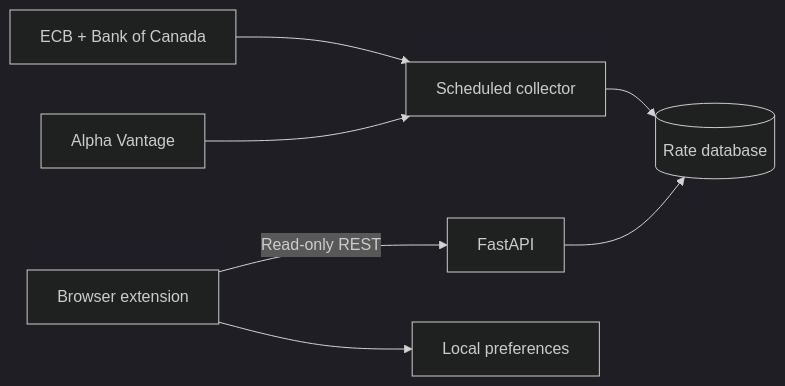
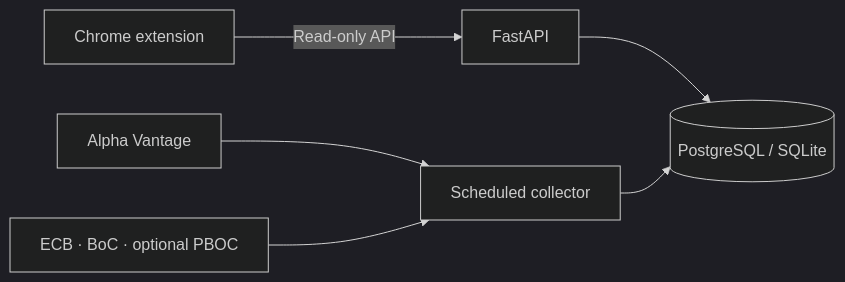
Before and after one commit to shianjeng/FX-Pulses: the diagram in README.md, drawn with Mermaid (dark theme). The commit also changed other lines of this file, not shown here.

````diff
--- a/README.md
+++ b/README.md
@@ -96,9 +76,8 @@
 ```mermaid
 flowchart LR
-    Extension["Browser extension"] -->|Read-only REST| API["FastAPI"]
-    API --> Database[("Rate database")]
-    Market["Alpha Vantage"] --> Collector["Scheduled collector"]
-    Official["ECB + Bank of Canada"] --> Collector
-    Collector --> Database
-    Extension --> Local["Local preferences"]
+    Browser["Chrome extension"] -->|Read-only API| API["FastAPI"]
+    API --> DB[("PostgreSQL / SQLite")]
+    Alpha["Alpha Vantage"] --> Collector["Scheduled collector"]
+    Banks["ECB · BoC · optional PBOC"] --> Collector
+    Collector --> DB
 ```
````
